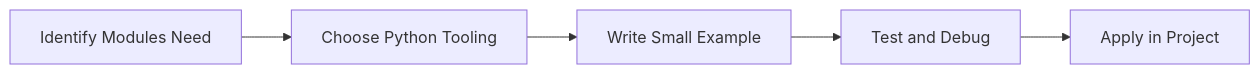
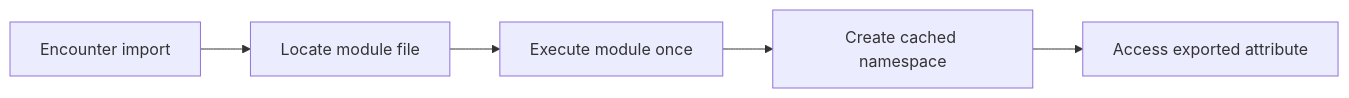
One commit to SYMOIZ/E-Learning-Portal changed the diagram in Python-Mastery/Beginner/26-modules.md. Above: the diagram before and after it, drawn with Mermaid. The commit also changed other lines of this file and 116 other files, not shown here.

````diff
--- a/Python-Mastery/Beginner/26-modules.md
+++ b/Python-Mastery/Beginner/26-modules.md
@@ -128,7 +135,12 @@
 ```mermaid
 flowchart LR
-    A[Identify Modules Need] --> B[Choose Python Tooling]
-    B --> C[Write Small Example]
-    C --> D[Test and Debug]
-    D --> E[Apply in Project]
+    A[Encounter import]
+    B[Locate module file]
+    C[Execute module once]
+    D[Create cached namespace]
+    E[Access exported attribute]
+    A --> B
+    B --> C
+    C --> D
+    D --> E
 ```
````
